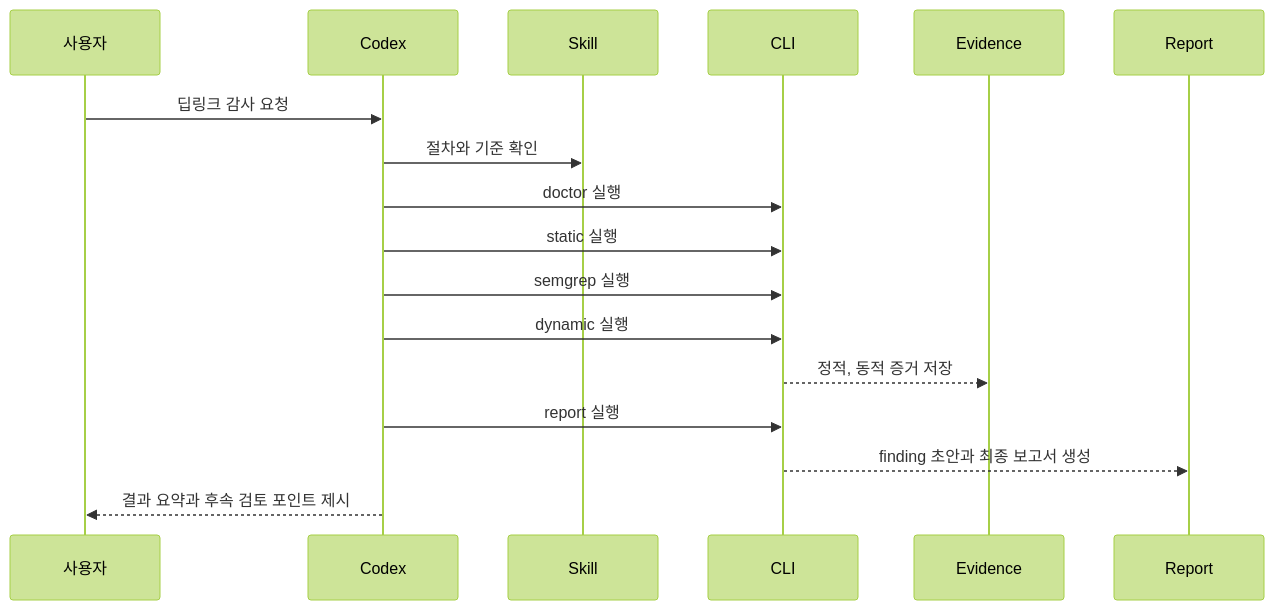
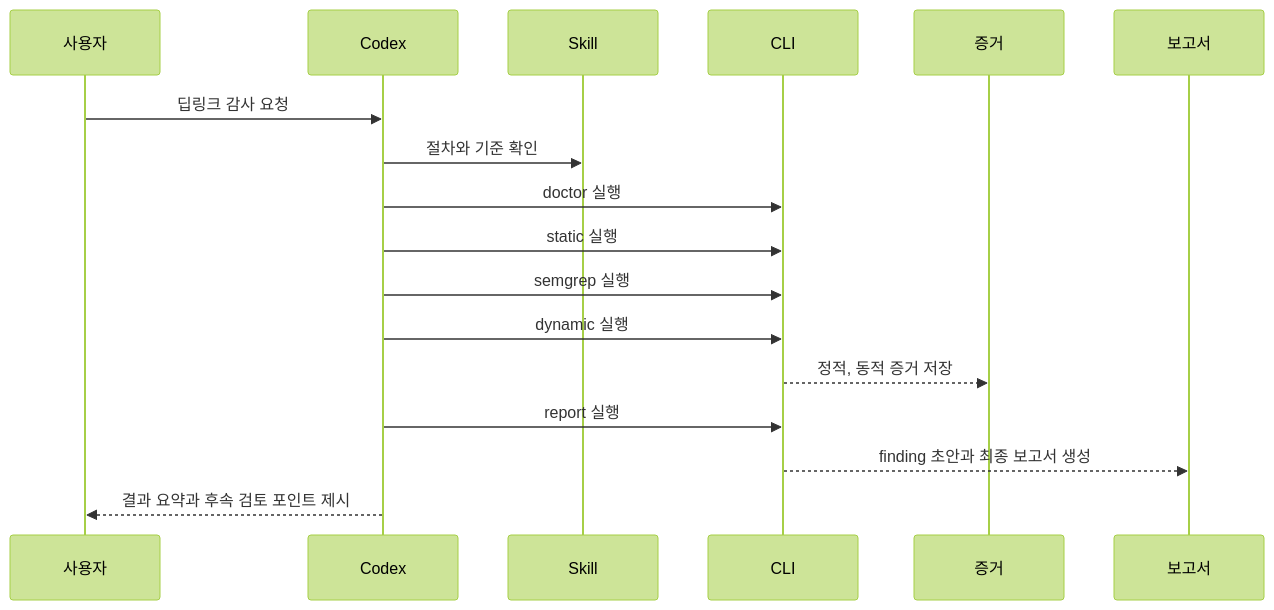
One commit to koalav/present-anyything changed diagram 13 of 19 in content/decks/codex-deeplink-audit-guide/source.md. Above: the diagram before and after it, drawn with Mermaid (forest theme). The commit also changed other lines of this file and 26 other files, not shown here.

````diff
--- a/content/decks/codex-deeplink-audit-guide/source.md
+++ b/content/decks/codex-deeplink-audit-guide/source.md
@@ -272,20 +272,20 @@
 ```mermaid
 sequenceDiagram
     participant User as 사용자
     participant Codex as Codex
     participant Skill as Skill
     participant CLI as CLI
-    participant Evidence as Evidence
-    participant Report as Report
+    participant Evidence as 증거
+    participant Report as 보고서
 
     User->>Codex: 딥링크 감사 요청
     Codex->>Skill: 절차와 기준 확인
     Codex->>CLI: doctor 실행
     Codex->>CLI: static 실행
     Codex->>CLI: semgrep 실행
     Codex->>CLI: dynamic 실행
     CLI-->>Evidence: 정적, 동적 증거 저장
     Codex->>CLI: report 실행
     CLI-->>Report: finding 초안과 최종 보고서 생성
     Codex-->>User: 결과 요약과 후속 검토 포인트 제시
 ```
````
